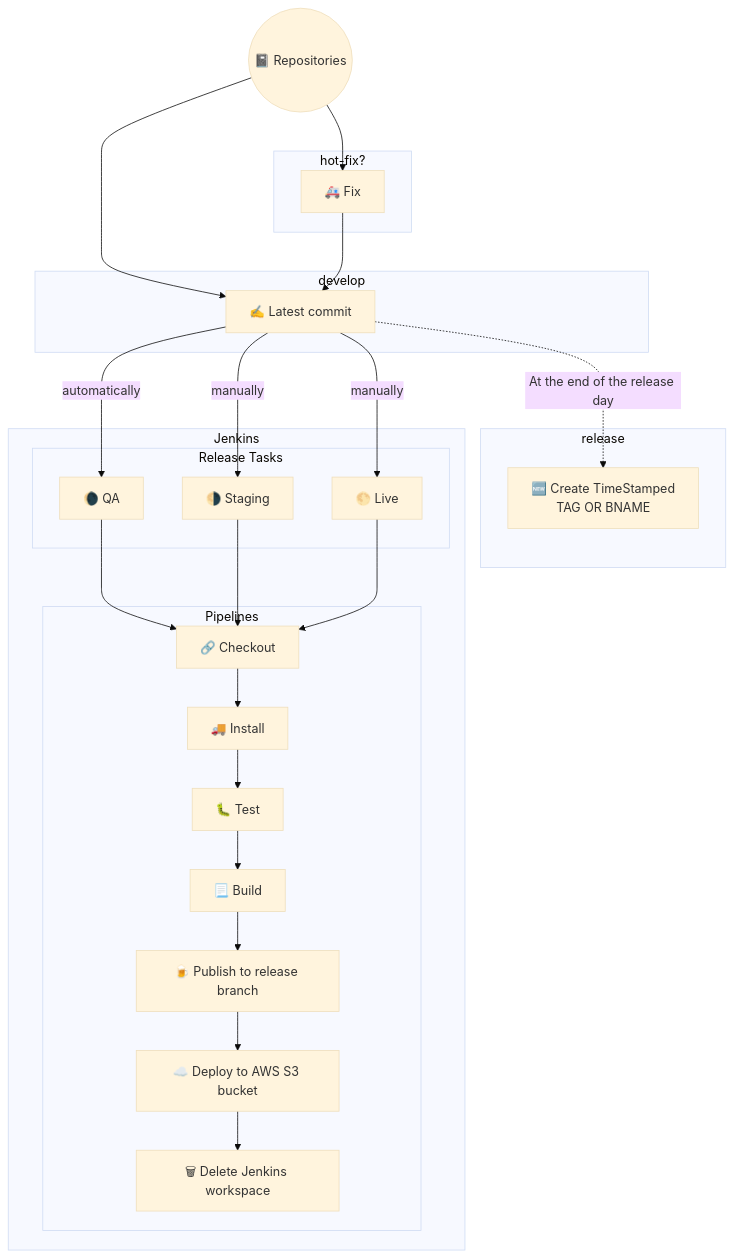
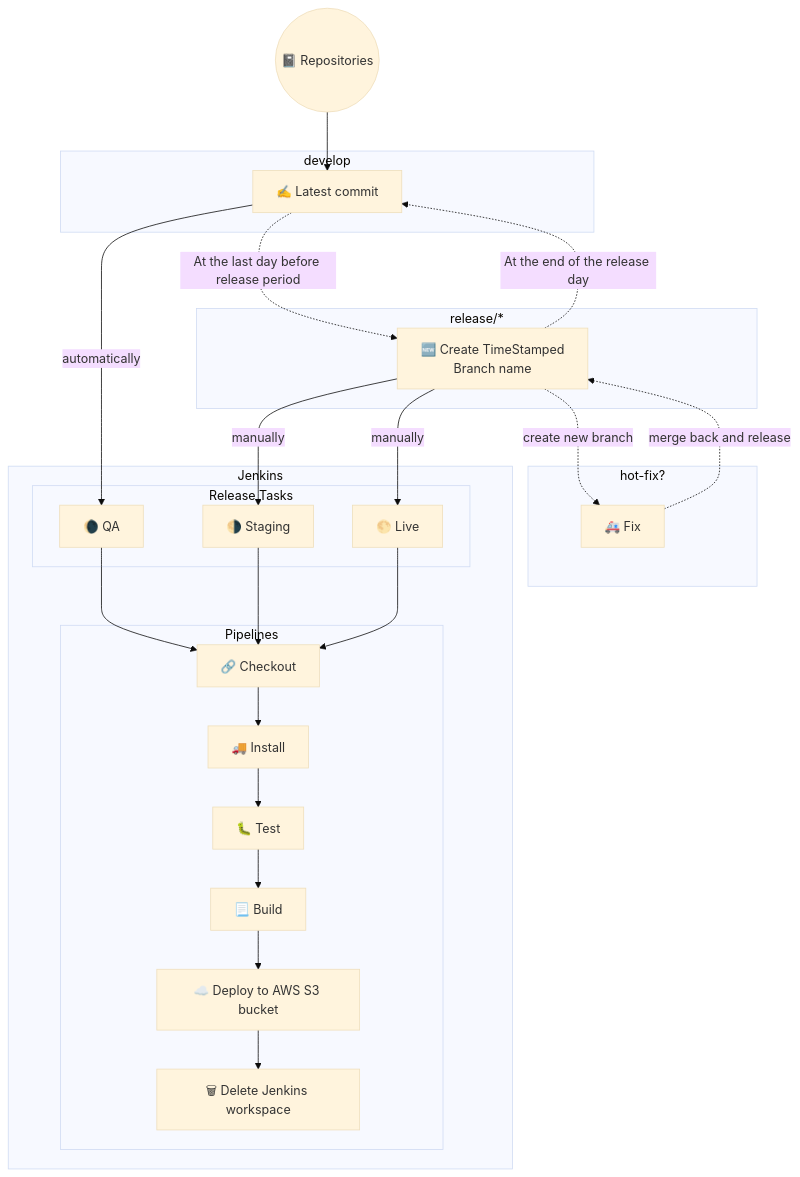
The diagram in README.md (saury/devOps), drawn with Mermaid (base theme) before and after one commit.

Commit message:
docs(readme): update guideline

````diff
--- a/README.md
+++ b/README.md
@@ -15,35 +15,37 @@
 ```mermaid
 graph TD;
     Title(("📓 Repositories"))
-    Title-->H["🚑 Fix"]
 		Title-->D["✍️ Latest commit"]
 
     subgraph develop
     D
     end
-    subgraph release
-    D-.At the end of the release day.->DRegular["🆕 Create TimeStamped <br> TAG OR BNAME"]
+
+    subgraph release/*
+    D-.At the last day before release period.->ReleaseNode["🆕 Create TimeStamped <br> Branch name"]
+    ReleaseNode-.At the end of the release day.->D
     end
+
     subgraph hot-fix?
-    H-->D;
+    ReleaseNode-.create new branch.->H;
+    H["🚑 Fix"]-.merge back and release.->ReleaseNode;
     end
 
     subgraph Jenkins
       subgraph Release Tasks
       D-->|"automatically"|R1["🌘 QA"]
-      D-->|"manually"|R2["🌗 Staging"];
-      D-->|"manually"|R3["🌕 Live"];
+      ReleaseNode-->|"manually"|R2["🌗 Staging"];
+      ReleaseNode-->|"manually"|R3["🌕 Live"];
       end
       subgraph Pipelines
       R1-->J1
       R2-->J1
       R3-->J1
       J1["🔗 Checkout"]-->J2["🚚 Install"]
       J2-->J3["🐛 Test"]
       J3-->J4["📃 Build"]
-      J4-->J5["🍺 Publish to release branch"]
-      J5-->J6["☁️ Deploy to AWS S3 bucket"]
-      J6-->J7["🗑 Delete Jenkins workspace"]
+      J4-->J5["☁️ Deploy to AWS S3 bucket"]
+      J5-->J6["🗑 Delete Jenkins workspace"]
       end
     end
 ```
````
